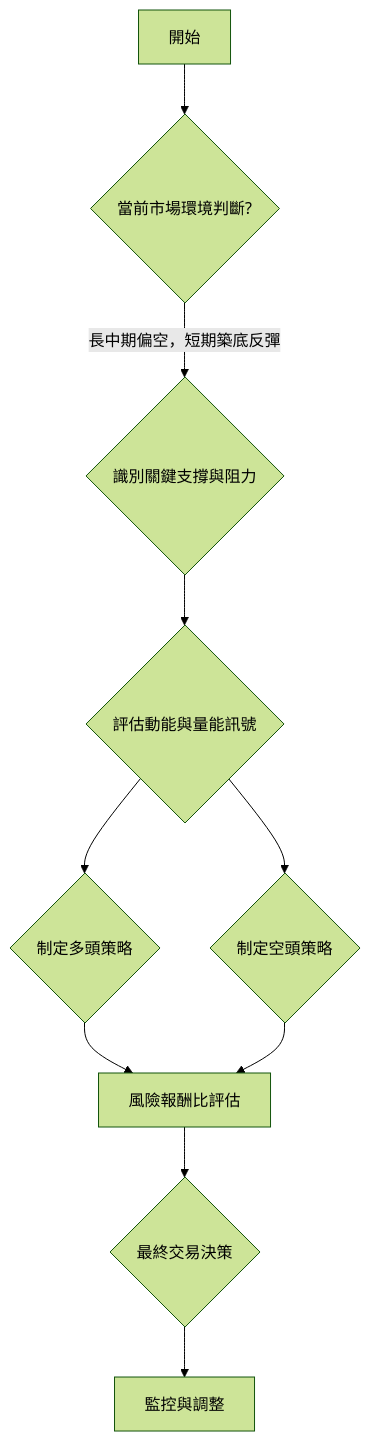
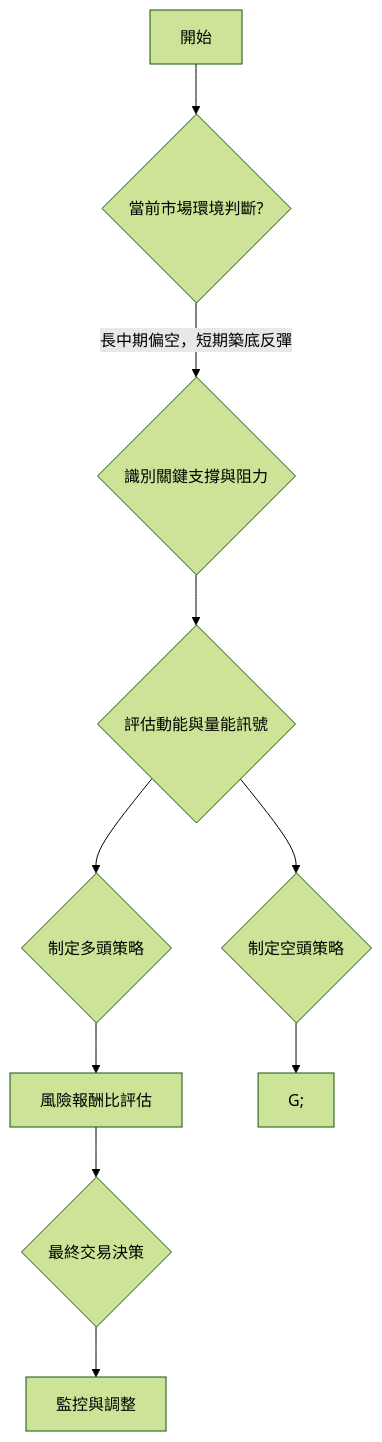
One commit to yennanliu/finance_data changed the tenth of 11 diagrams in ai_gen_report/stock/tsla/technical_analysis_2026-07-02_gemini.md. Above: the diagram before and after it, drawn with Mermaid (forest theme). The commit also changed other lines of this file and 2258 other files, not shown here.

First line of the commit message:
chore: backfill Mermaid syntax repair across existing reports

````diff
--- a/ai_gen_report/stock/tsla/technical_analysis_2026-07-02_gemini.md
+++ b/ai_gen_report/stock/tsla/technical_analysis_2026-07-02_gemini.md
@@ -718,12 +718,12 @@
 ```mermaid
 graph TD
-    A[開始] --> B{當前市場環境判斷?};
-    B -- 長中期偏空，短期築底反彈 --> C{識別關鍵支撐與阻力};
-    C --> D{評估動能與量能訊號};
-    D --> E{制定多頭策略};
-    D --> F{制定空頭策略};
-    E --> G[風險報酬比評估];
-    F --> G;
-    G --> H{最終交易決策};
-    H --> I[監控與調整];
+    A["開始"] --> B{"當前市場環境判斷?"};
+    B -- 長中期偏空，短期築底反彈 --> C{"識別關鍵支撐與阻力"};
+    C --> D{"評估動能與量能訊號"};
+    D --> E{"制定多頭策略"};
+    D --> F{"制定空頭策略"};
+    E --> G["風險報酬比評估"];
+    F --> nb1["G;"]
+    G --> H{"最終交易決策"};
+    H --> I["監控與調整"];
 ```
````
